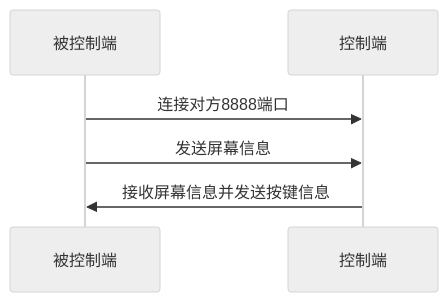
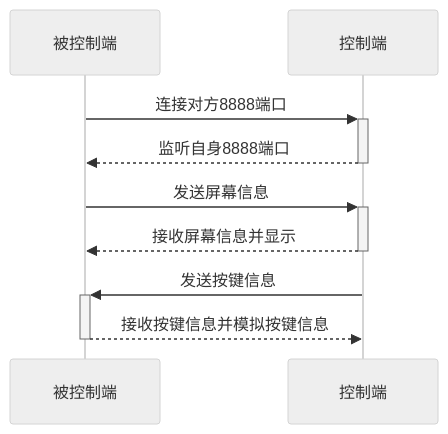
One commit to Ne-GH/RemoteControl changed the diagram in README.md. Above: the diagram before and after it, drawn with Mermaid (neutral theme).

Commit message:
测试时序图

````diff
--- a/README.md
+++ b/README.md
@@ -1,6 +1,11 @@
 ```mermaid
 sequenceDiagram
-    被控制端->>控制端: 连接对方8888端口
-	被控制端->>控制端: 发送屏幕信息
-	控制端->>被控制端: 接收屏幕信息并发送按键信息
+    被控制端 ->> + 控制端: 连接对方8888端口
+	控制端 -->> - 被控制端: 监听自身8888端口
+
+	被控制端 ->> + 控制端: 发送屏幕信息
+	控制端 -->> - 被控制端: 接收屏幕信息并显示
+
+	控制端 ->> + 被控制端: 发送按键信息
+	被控制端 -->> - 控制端: 接收按键信息并模拟按键信息
 ```
````
